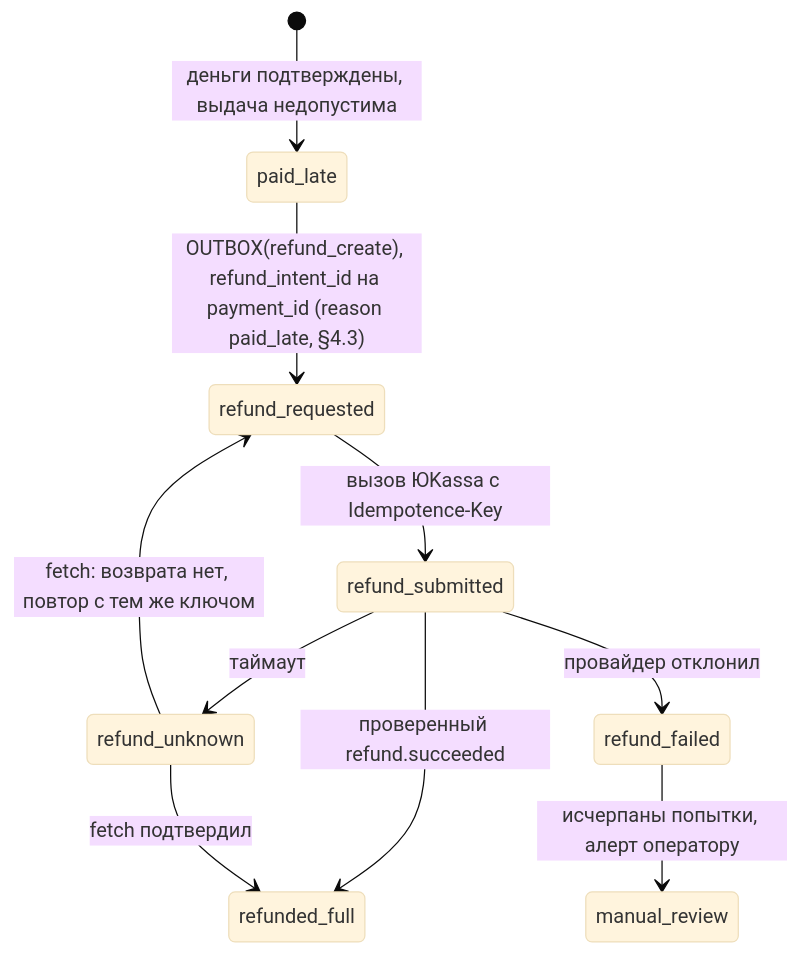
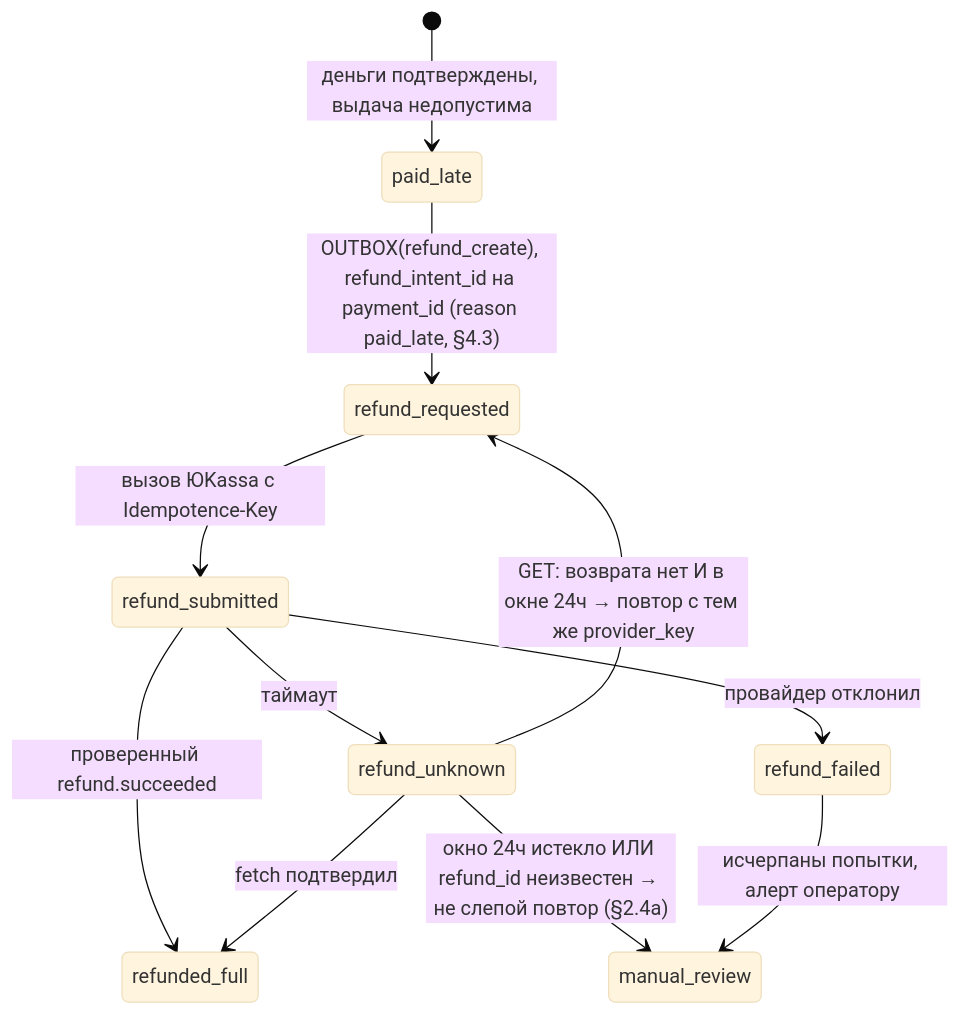
One commit to tyshenkoanton-eng/lunora changed the third of 8 diagrams in docs/grillmax/TRANSACTIONS-КОНТРАКТЫ.md. Above: the diagram before and after it, drawn with Mermaid (base theme). The commit also changed other lines of this file and 8 other files, not shown here.

````diff
--- a/docs/grillmax/TRANSACTIONS-КОНТРАКТЫ.md
+++ b/docs/grillmax/TRANSACTIONS-КОНТРАКТЫ.md
@@ -354,12 +354,13 @@
 ```mermaid
 stateDiagram-v2
     [*] --> paid_late: деньги подтверждены, выдача недопустима
     paid_late --> refund_requested: OUTBOX(refund_create), refund_intent_id на payment_id (reason paid_late, §4.3)
     refund_requested --> refund_submitted: вызов ЮKassa с Idempotence-Key
     refund_submitted --> refunded_full: проверенный refund.succeeded
     refund_submitted --> refund_unknown: таймаут
     refund_unknown --> refunded_full: fetch подтвердил
-    refund_unknown --> refund_requested: fetch: возврата нет, повтор с тем же ключом
+    refund_unknown --> refund_requested: GET: возврата нет И в окне 24ч → повтор с тем же provider_key
+    refund_unknown --> manual_review: окно 24ч истекло ИЛИ refund_id неизвестен → не слепой повтор (§2.4a)
     refund_submitted --> refund_failed: провайдер отклонил
     refund_failed --> manual_review: исчерпаны попытки, алерт оператору
 ```
````
